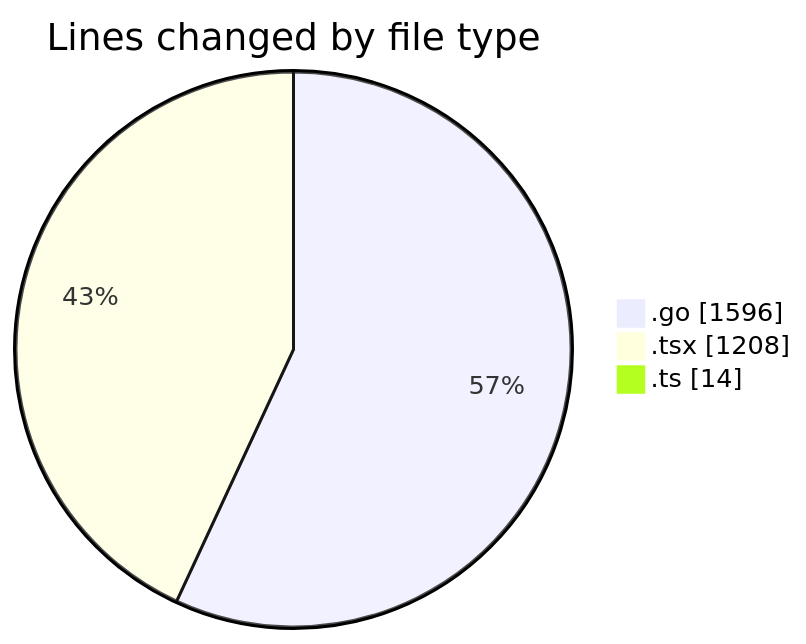
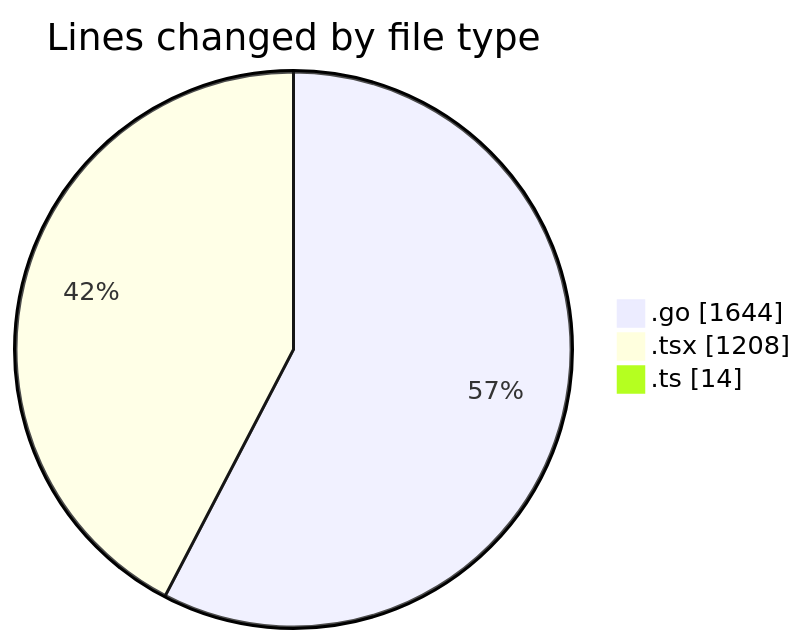
Before and after one commit to robertbonfada/code-tracking: the first of 2 diagrams in 2025-03-05/termonied_testador/README.md, drawn with Mermaid. The commit also changed other lines of this file and 1 other file, not shown here.

````diff
--- a/2025-03-05/termonied_testador/README.md
+++ b/2025-03-05/termonied_testador/README.md
@@ -30,7 +31,7 @@
 ```mermaid
 pie showData
 title Lines changed by file type
-".go" : 1596
+".go" : 1644
 ".tsx" : 1208
 ".ts" : 14
 ```
````
